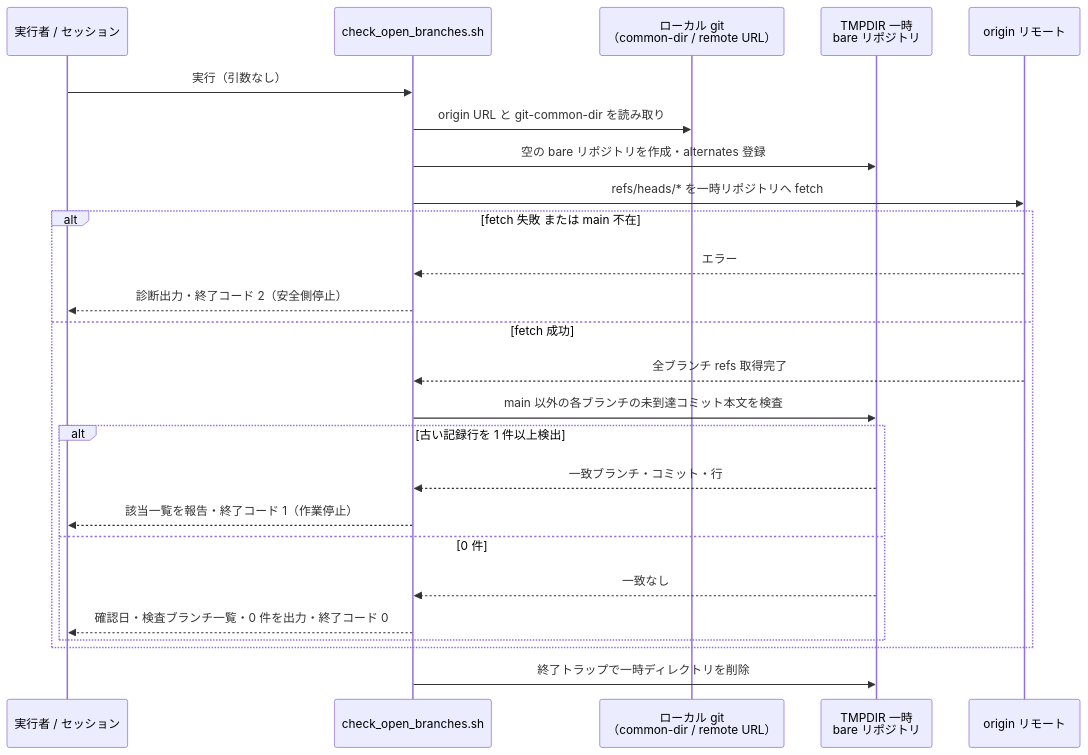
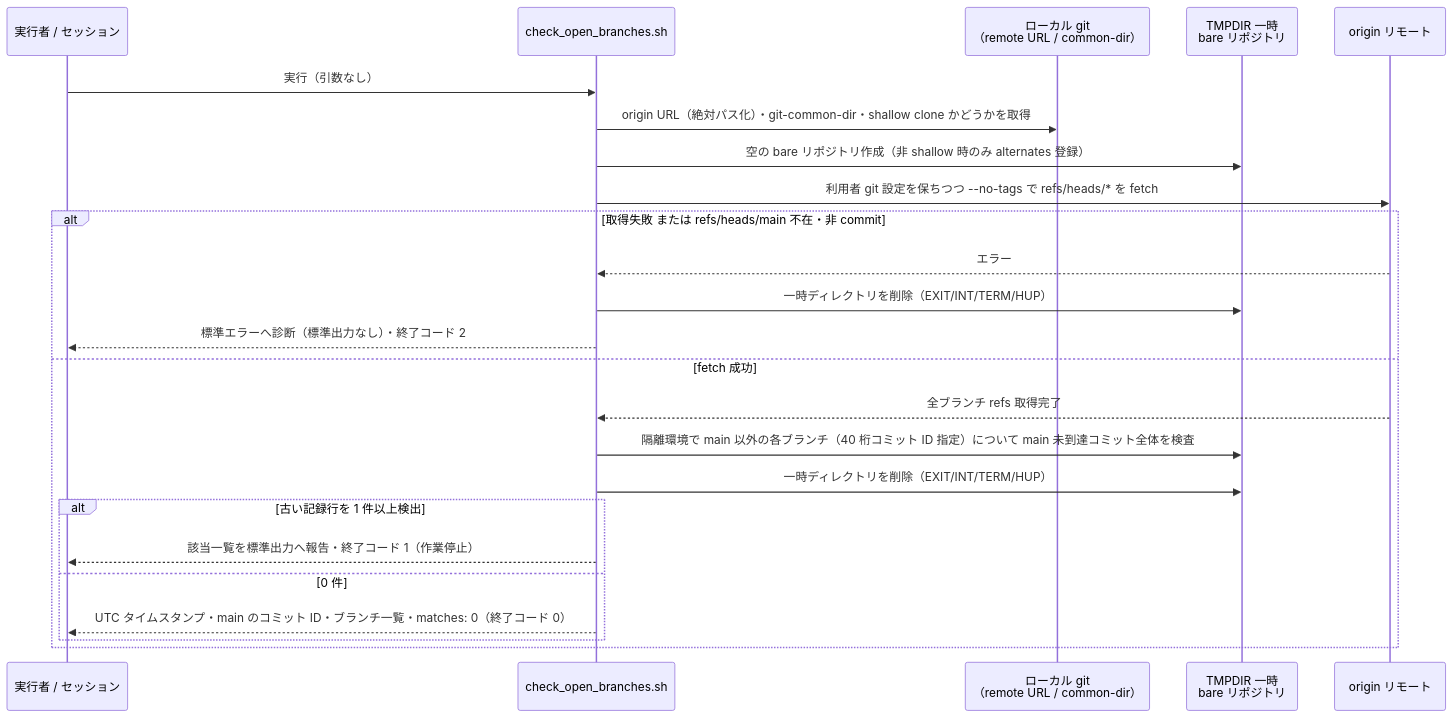
The third of 7 diagrams in docs/tasks/0121_retire_legacy_review_records/02_architecture.md (isseis/yt2column), drawn with Mermaid before and after one commit. The commit also changed other lines of this file, not shown here.

Commit message:
docs(0121): refine architecture from panel review and prose pass

````diff
--- a/docs/tasks/0121_retire_legacy_review_records/02_architecture.md
+++ b/docs/tasks/0121_retire_legacy_review_records/02_architecture.md
@@ -195,28 +199,27 @@
 ```mermaid
 sequenceDiagram
     participant Op as 実行者 / セッション
     participant Sh as check_open_branches.sh
-    participant LocalGit as ローカル git<br>（common-dir / remote URL）
+    participant LocalGit as ローカル git<br>（remote URL / common-dir）
     participant Tmp as TMPDIR 一時<br>bare リポジトリ
     participant Origin as origin リモート
 
     Op->>Sh: 実行（引数なし）
-    Sh->>LocalGit: origin URL と git-common-dir を読み取り
-    Sh->>Tmp: 空の bare リポジトリを作成・alternates 登録
-    Sh->>Origin: refs/heads/* を一時リポジトリへ fetch
-    alt fetch 失敗 または main 不在
+    Sh->>LocalGit: origin URL（絶対パス化）・git-common-dir・shallow clone かどうかを取得
+    Sh->>Tmp: 空の bare リポジトリ作成（非 shallow 時のみ alternates 登録）
+    Sh->>Origin: 利用者 git 設定を保ちつつ --no-tags で refs/heads/* を fetch
+    alt 取得失敗 または refs/heads/main 不在・非 commit
         Origin-->>Sh: エラー
-        Sh-->>Op: 診断出力・終了コード 2（安全側停止）
+        Sh->>Tmp: 一時ディレクトリを削除（EXIT/INT/TERM/HUP）
+        Sh-->>Op: 標準エラーへ診断（標準出力なし）・終了コード 2
     else fetch 成功
         Origin-->>Sh: 全ブランチ refs 取得完了
-        Sh->>Tmp: main 以外の各ブランチの未到達コミット本文を検査
+        Sh->>Tmp: 隔離環境で main 以外の各ブランチ（40 桁コミット ID 指定）について main 未到達コミット全体を検査
+        Sh->>Tmp: 一時ディレクトリを削除（EXIT/INT/TERM/HUP）
         alt 古い記録行を 1 件以上検出
-            Tmp-->>Sh: 一致ブランチ・コミット・行
-            Sh-->>Op: 該当一覧を報告・終了コード 1（作業停止）
+            Sh-->>Op: 該当一覧を標準出力へ報告・終了コード 1（作業停止）
         else 0 件
-            Tmp-->>Sh: 一致なし
-            Sh-->>Op: 確認日・検査ブランチ一覧・0 件を出力・終了コード 0
+            Sh-->>Op: UTC タイムスタンプ・main のコミット ID・ブランチ一覧・matches: 0（終了コード 0）
         end
     end
-    Sh->>Tmp: 終了トラップで一時ディレクトリを削除
 ```
````
